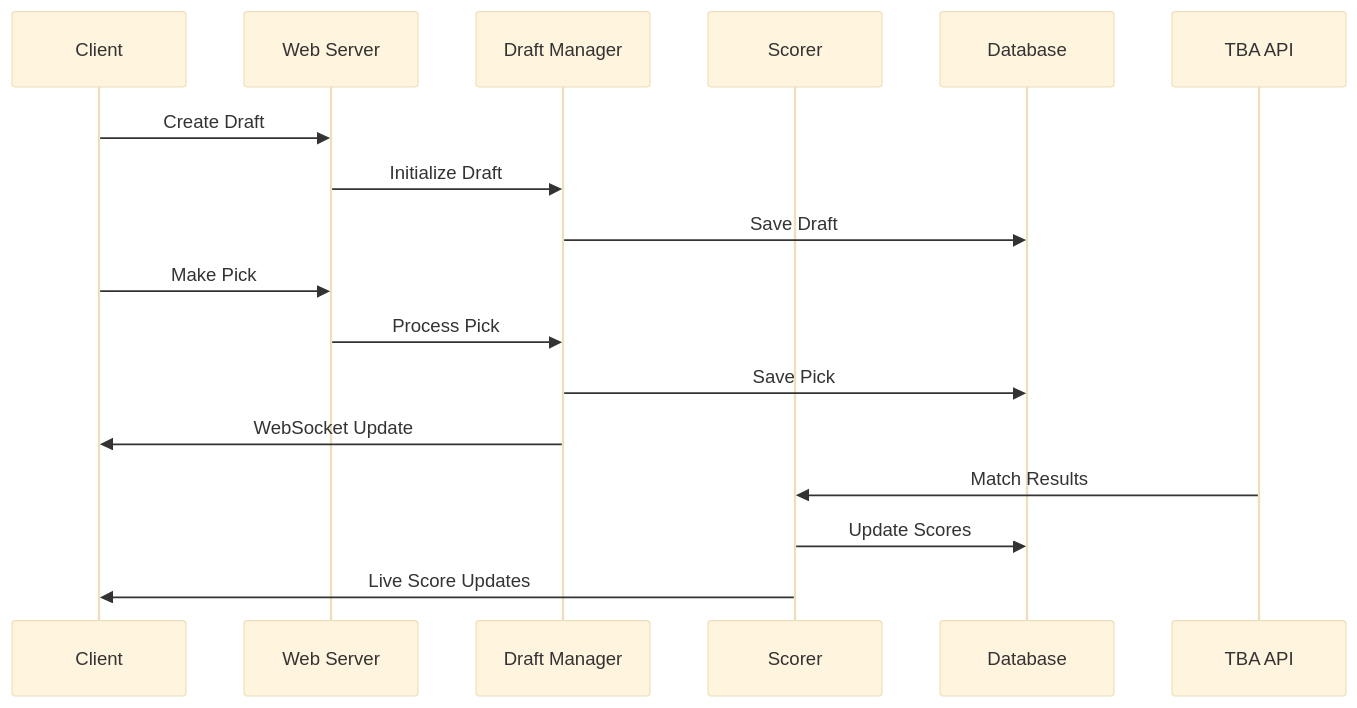
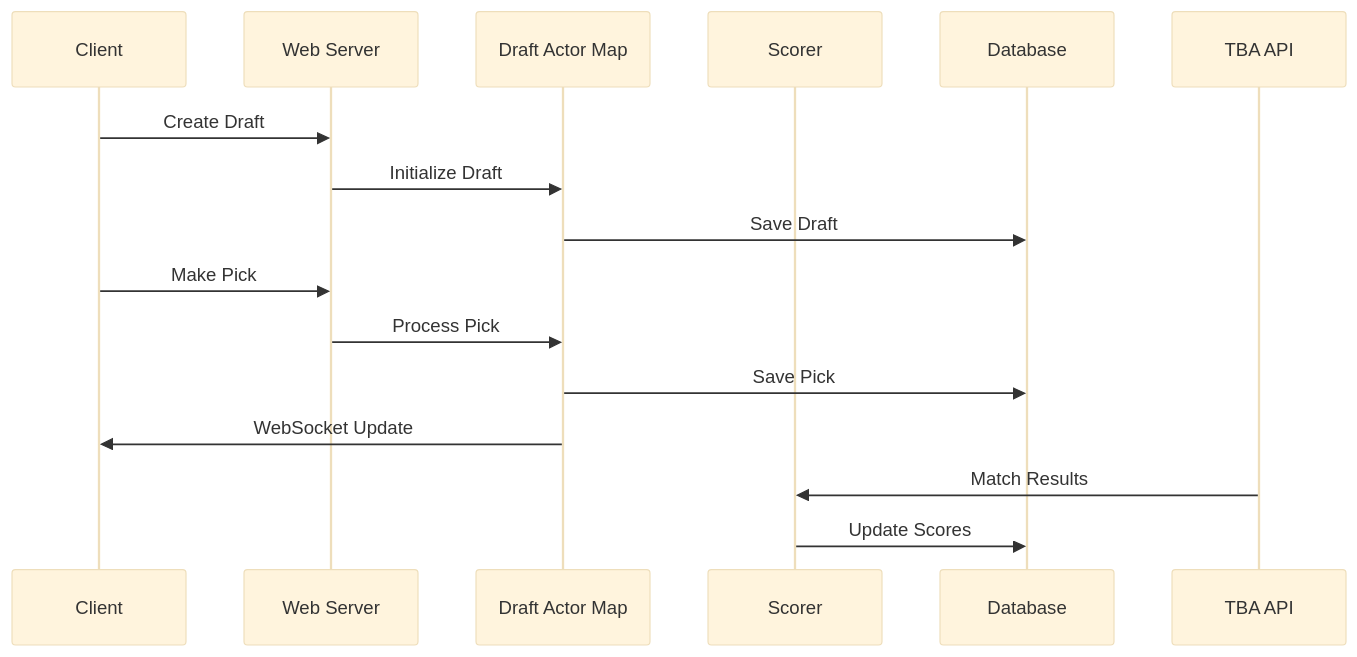
Before and after one commit to squirlemaster42/fantasy-frc-web: the second of 2 diagrams in docs/architecture/system-overview.md, drawn with Mermaid (base theme). The commit also changed other lines of this file and 28 other files, not shown here.

````diff
--- a/docs/architecture/system-overview.md
+++ b/docs/architecture/system-overview.md
@@ -76,22 +76,21 @@
 ```mermaid
 sequenceDiagram
     participant C as Client
     participant W as Web Server
-    participant D as Draft Manager
+    participant D as Draft Actor Map
     participant S as Scorer
     participant DB as Database
     participant TBA as TBA API
     
     C->>W: Create Draft
     W->>D: Initialize Draft
     D->>DB: Save Draft
     
     C->>W: Make Pick
     W->>D: Process Pick
     D->>DB: Save Pick
     D->>C: WebSocket Update
     
     TBA->>S: Match Results
     S->>DB: Update Scores
-    S->>C: Live Score Updates
 ```
````
